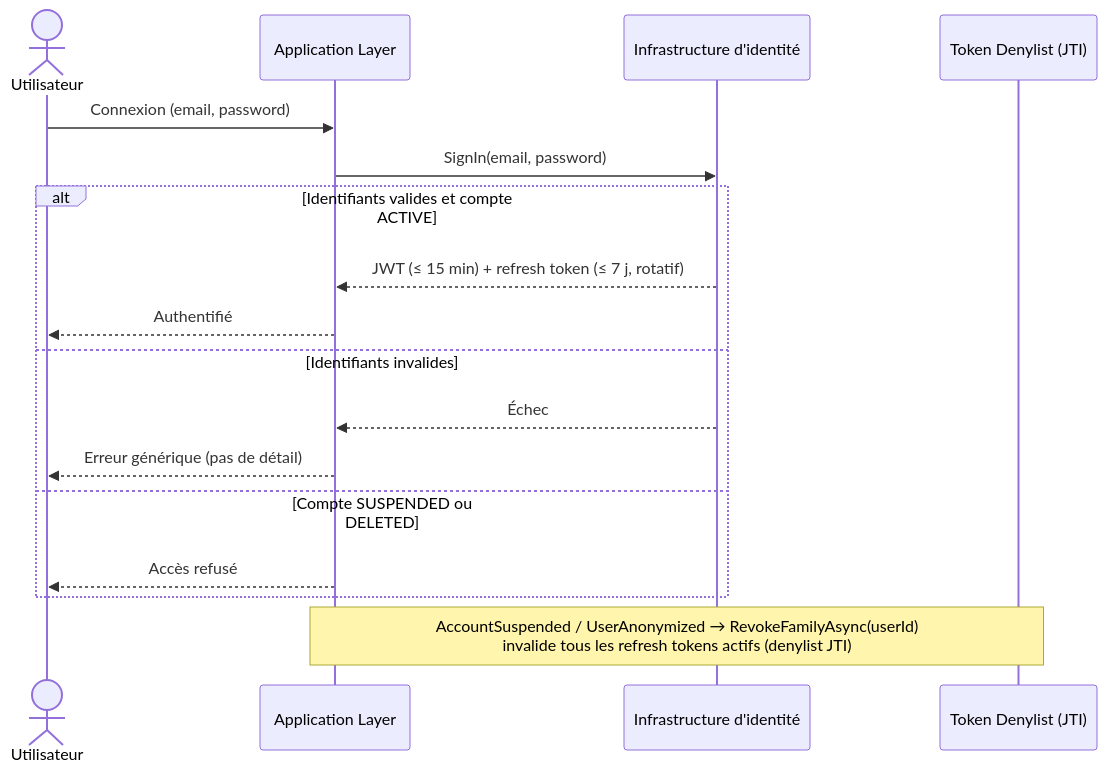
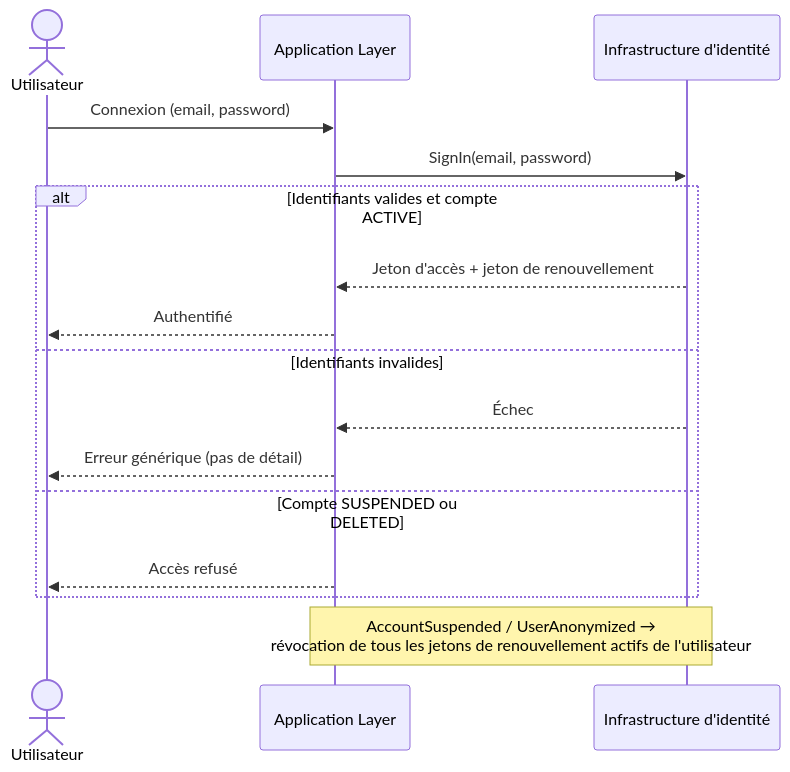
Before and after one commit to 2025-10-CDA-ECO-P6/PM-micro-saas: the second of 6 diagrams in docs/domaine/identity-access/flows.md, drawn with Mermaid. The commit also changed other lines of this file and 46 other files, not shown here.

````diff
--- a/docs/domaine/identity-access/flows.md
+++ b/docs/domaine/identity-access/flows.md
@@ -26,20 +26,19 @@
 ```mermaid
 sequenceDiagram
     actor Utilisateur
     participant App as Application Layer
     participant Identity as Infrastructure d'identité
-    participant Denylist as Token Denylist (JTI)
 
     Utilisateur->>App: Connexion (email, password)
     App->>Identity: SignIn(email, password)
     alt Identifiants valides et compte ACTIVE
-        Identity-->>App: JWT (≤ 15 min) + refresh token (≤ 7 j, rotatif)
+        Identity-->>App: Jeton d'accès + jeton de renouvellement
         App-->>Utilisateur: Authentifié
     else Identifiants invalides
         Identity-->>App: Échec
         App-->>Utilisateur: Erreur générique (pas de détail)
     else Compte SUSPENDED ou DELETED
         App-->>Utilisateur: Accès refusé
     end
-    Note over App,Denylist: AccountSuspended / UserAnonymized → RevokeFamilyAsync(userId)<br/>invalide tous les refresh tokens actifs (denylist JTI)
+    Note over App,Identity: AccountSuspended / UserAnonymized →<br/>révocation de tous les jetons de renouvellement actifs de l'utilisateur
 ```
````
